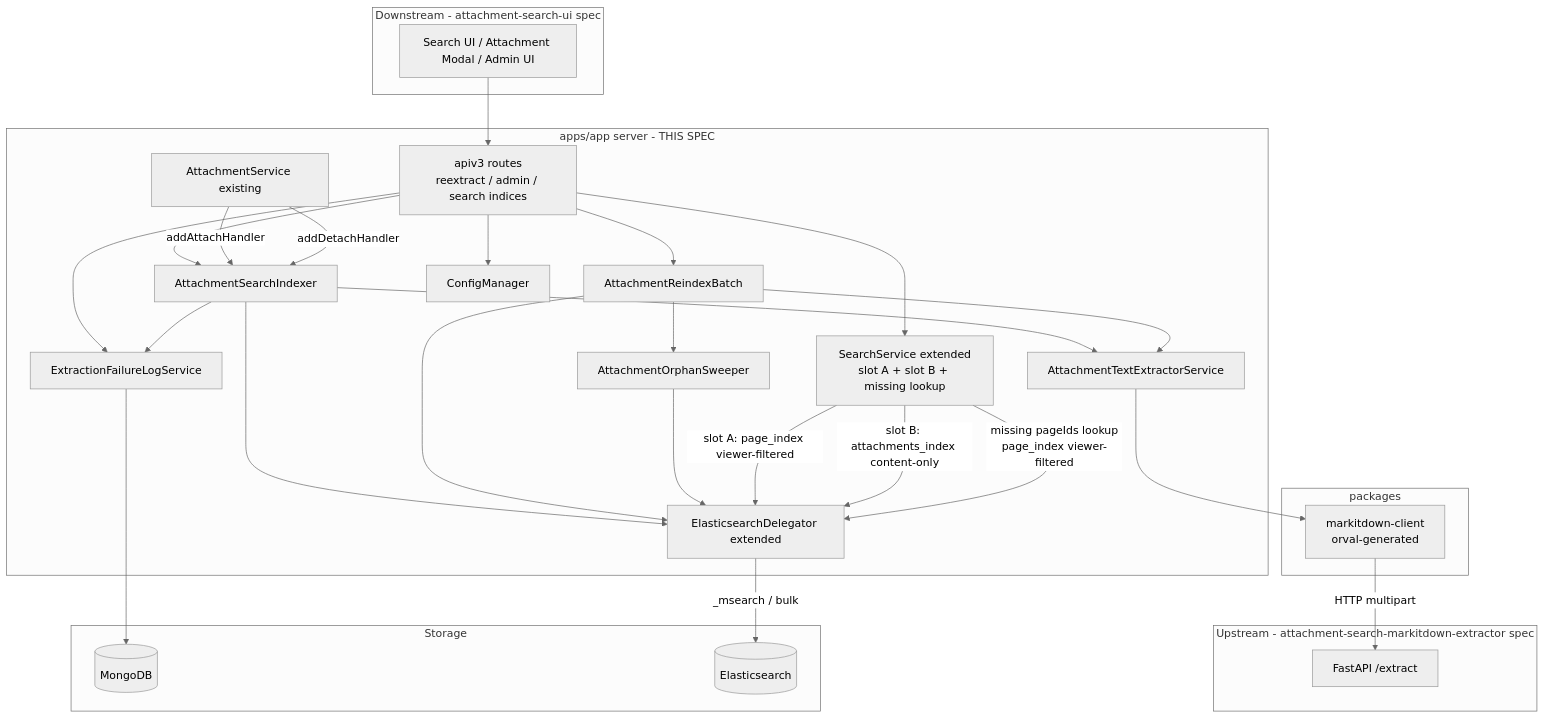
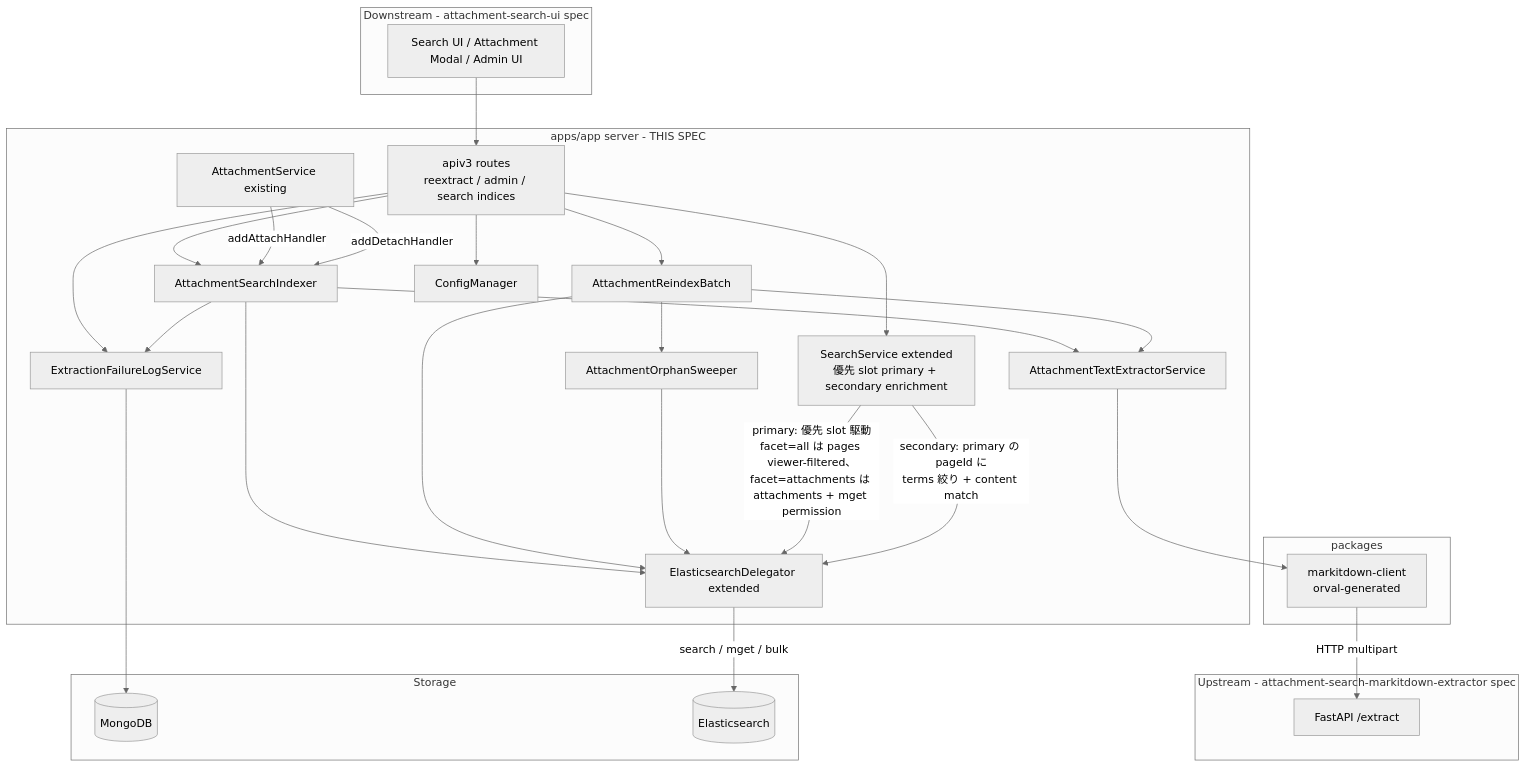
The first of 6 diagrams in .kiro/specs/attachment-search-indexing/design.md (growilabs/growi), drawn with Mermaid (neutral theme) before and after one commit. The commit also changed other lines of this file and 2 other files, not shown here.

````diff
--- a/.kiro/specs/attachment-search-indexing/design.md
+++ b/.kiro/specs/attachment-search-indexing/design.md
@@ -100,59 +100,58 @@
 ```mermaid
 graph TB
     subgraph upstream [Upstream - attachment-search-markitdown-extractor spec]
         FastAPI[FastAPI /extract]
     end
 
     subgraph downstream [Downstream - attachment-search-ui spec]
         UI[Search UI / Attachment Modal / Admin UI]
     end
 
     subgraph apps_app [apps/app server - THIS SPEC]
         ApiV3[apiv3 routes<br/>reextract / admin / search indices]
-        SearchService[SearchService extended<br/>slot A + slot B + missing lookup]
+        SearchService[SearchService extended<br/>優先 slot primary + secondary enrichment]
         ESDelegator[ElasticsearchDelegator extended]
         AttachmentService[AttachmentService existing]
         Indexer[AttachmentSearchIndexer]
         Extractor[AttachmentTextExtractorService]
         ReindexBatch[AttachmentReindexBatch]
         OrphanSweeper[AttachmentOrphanSweeper]
         FailureLog[ExtractionFailureLogService]
         ConfigManager[ConfigManager]
     end
 
     subgraph client_pkg [packages]
         Client[markitdown-client<br/>orval-generated]
     end
 
     subgraph storage [Storage]
         Mongo[(MongoDB)]
         ES[(Elasticsearch)]
     end
 
     UI --> ApiV3
     ApiV3 --> SearchService
     ApiV3 --> ReindexBatch
     ApiV3 --> Indexer
     ApiV3 --> FailureLog
     ApiV3 --> ConfigManager
 
     AttachmentService -->|addAttachHandler| Indexer
     AttachmentService -->|addDetachHandler| Indexer
 
     Indexer --> Extractor
     Indexer --> ESDelegator
     Indexer --> FailureLog
     ReindexBatch --> Extractor
     ReindexBatch --> ESDelegator
     ReindexBatch --> OrphanSweeper
     OrphanSweeper --> ESDelegator
 
     Extractor --> Client
     Client -->|HTTP multipart| FastAPI
 
-    SearchService -->|slot A: page_index viewer-filtered| ESDelegator
-    SearchService -->|slot B: attachments_index content-only| ESDelegator
-    SearchService -->|missing pageIds lookup<br/>page_index viewer-filtered| ESDelegator
-    ESDelegator -->|_msearch / bulk| ES
+    SearchService -->|primary: 優先 slot 駆動<br/>facet=all は pages viewer-filtered、facet=attachments は attachments + mget permission| ESDelegator
+    SearchService -->|secondary: primary の pageId に<br/>terms 絞り + content match| ESDelegator
+    ESDelegator -->|search / mget / bulk| ES
     FailureLog --> Mongo
 ```
````
